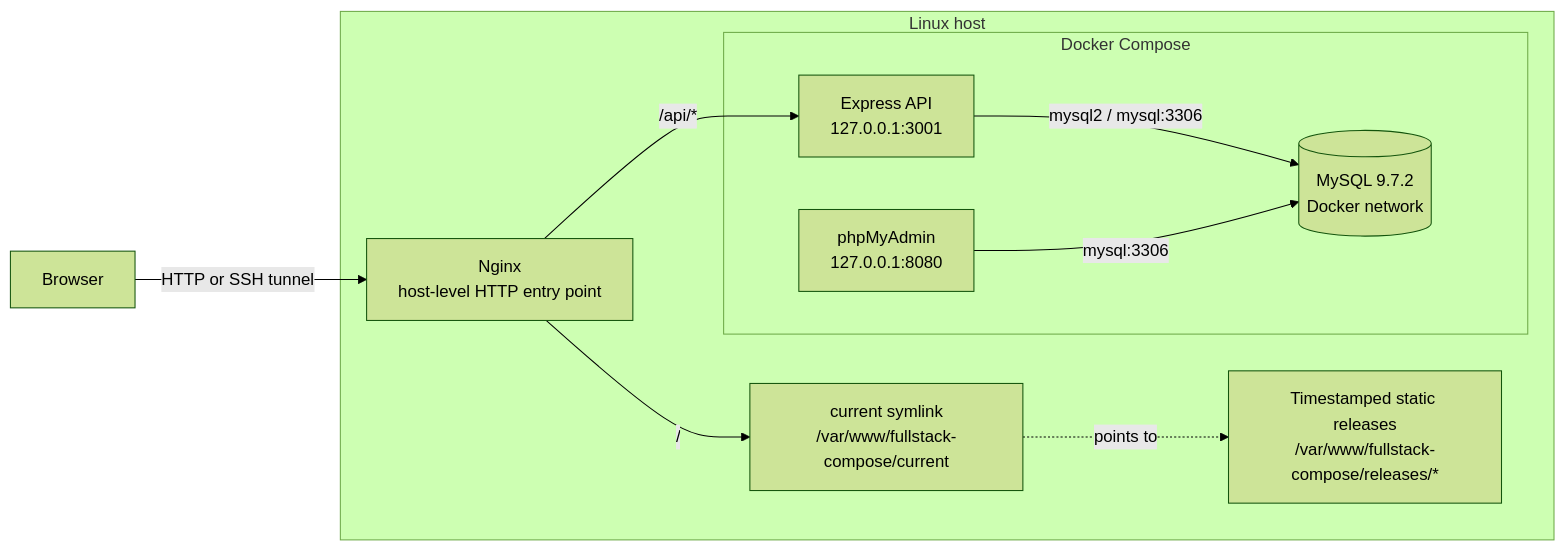
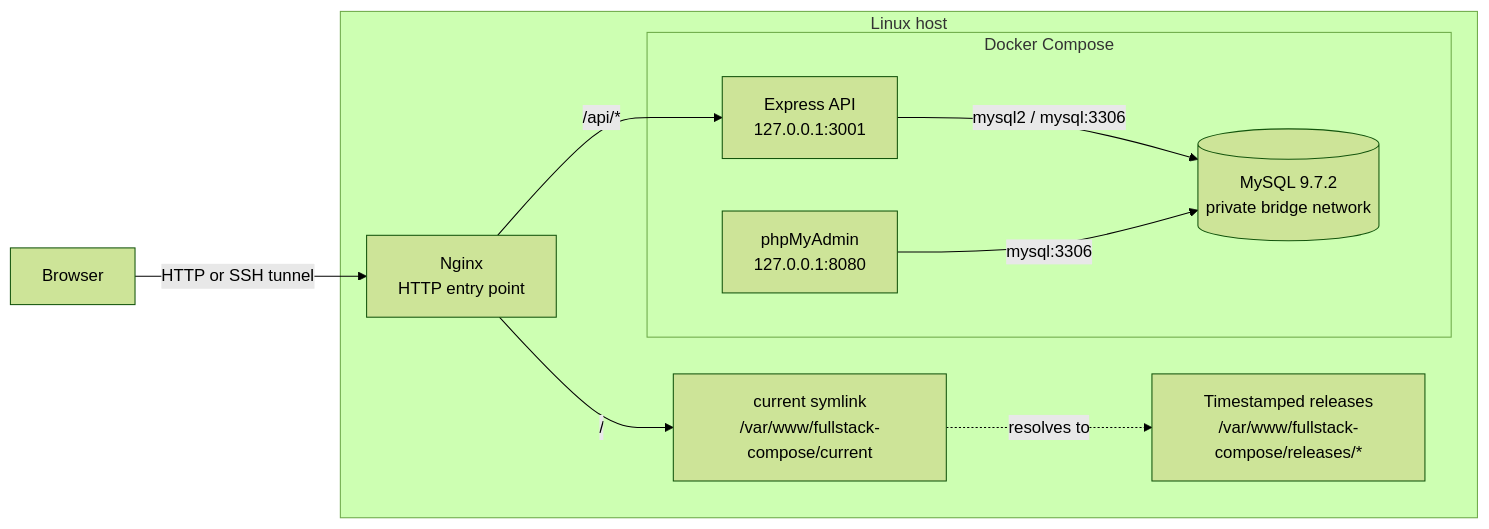
The first of 2 diagrams in README.md (DerbSwag/fullstack-docker-compose), drawn with Mermaid (forest theme) before and after one commit. The commit also changed other lines of this file, not shown here.

````diff
--- a/README.md
+++ b/README.md
@@ -26,23 +34,20 @@
 ```mermaid
 flowchart LR
     Browser[Browser]
-
     subgraph Host[Linux host]
-        Nginx[Nginx<br/>host-level HTTP entry point]
+        Nginx[Nginx<br/>HTTP entry point]
         Current[current symlink<br/>/var/www/fullstack-compose/current]
-        Releases[Timestamped static releases<br/>/var/www/fullstack-compose/releases/*]
-
+        Releases[Timestamped releases<br/>/var/www/fullstack-compose/releases/*]
         subgraph Compose[Docker Compose]
             API[Express API<br/>127.0.0.1:3001]
             PMA[phpMyAdmin<br/>127.0.0.1:8080]
-            DB[(MySQL 9.7.2<br/>Docker network)]
+            DB[(MySQL 9.7.2<br/>private bridge network)]
         end
     end
-
     Browser -->|HTTP or SSH tunnel| Nginx
     Nginx -->|/| Current
-    Current -. points to .-> Releases
+    Current -. resolves to .-> Releases
     Nginx -->|/api/*| API
     API -->|mysql2 / mysql:3306| DB
     PMA -->|mysql:3306| DB
 ```
````
